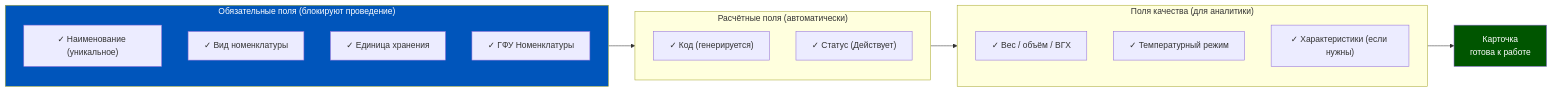
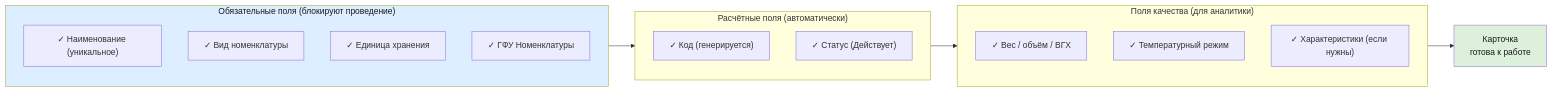
One commit to murad1986/1c-erp-quartz changed the sixth of 6 diagrams in content/1c-erp/week_2/Неделя 2 - День 6 - Практикум по НСИ.md. Above: the diagram before and after it, drawn with Mermaid. The commit also changed other lines of this file and 57 other files, not shown here.

First line of the commit message:
fix: Mermaid — пастельные цвета в источниках диаграмм (56 файлов)

````diff
--- a/content/1c-erp/week_2/Неделя 2 - День 6 - Практикум по НСИ.md
+++ b/content/1c-erp/week_2/Неделя 2 - День 6 - Практикум по НСИ.md
@@ -498,25 +498,25 @@
 ```mermaid
 flowchart LR
     subgraph MUST["Обязательные поля (блокируют проведение)"]
         M1["✓ Наименование (уникальное)"]
         M2["✓ Вид номенклатуры"]
         M3["✓ Единица хранения"]
         M4["✓ ГФУ Номенклатуры"]
     end
     subgraph CALC["Расчётные поля (автоматически)"]
         C1["✓ Код (генерируется)"]
         C2["✓ Статус (Действует)"]
     end
     subgraph QUALITY["Поля качества (для аналитики)"]
         Q1["✓ Вес / объём / ВГХ"]
         Q2["✓ Температурный режим"]
         Q3["✓ Характеристики (если нужны)"]
     end
     MUST --> CALC
     CALC --> QUALITY
     QUALITY --> DONE["Карточка
 готова к работе"]
-    style DONE fill:#005500,color:#fff
-    style MUST fill:#0055BB,color:#fff
+    style DONE fill:#dcf0dc,color:#1a1a1a
+    style MUST fill:#dceeff,color:#1a1a1a
 
 ```
````
